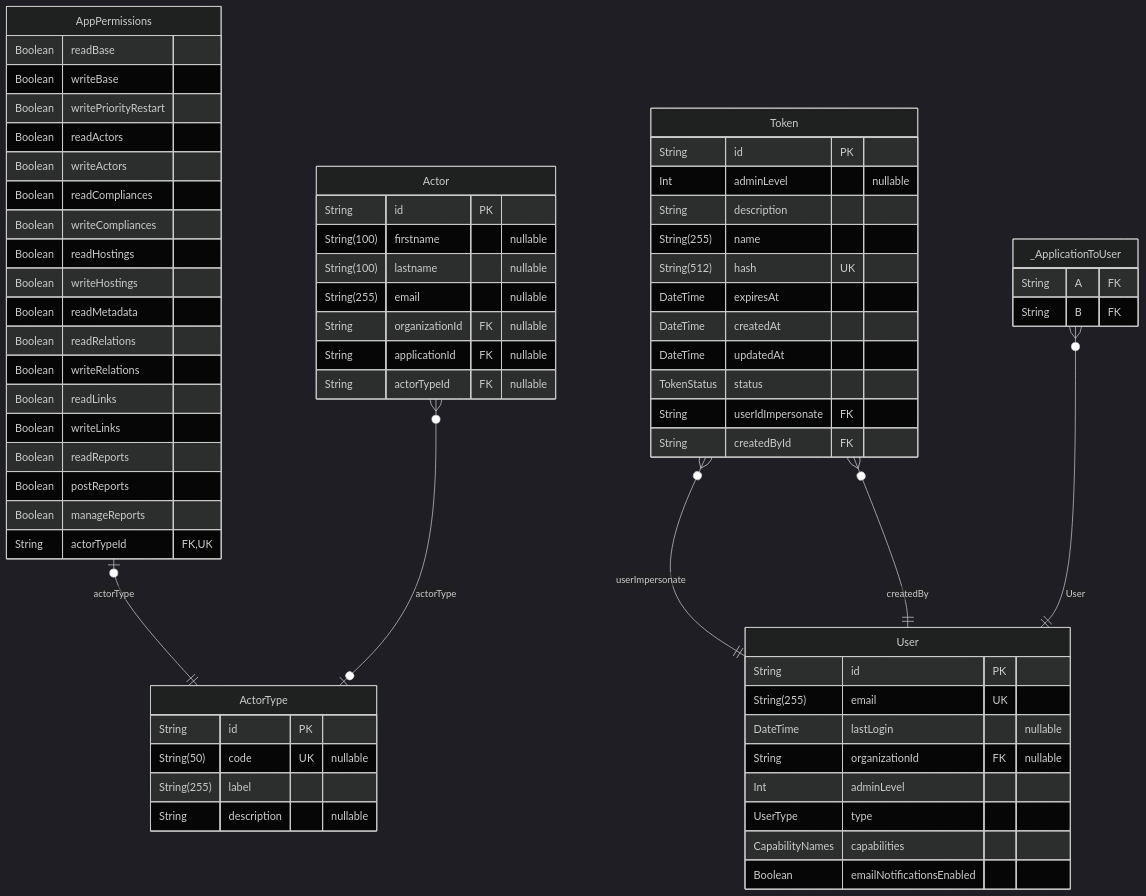
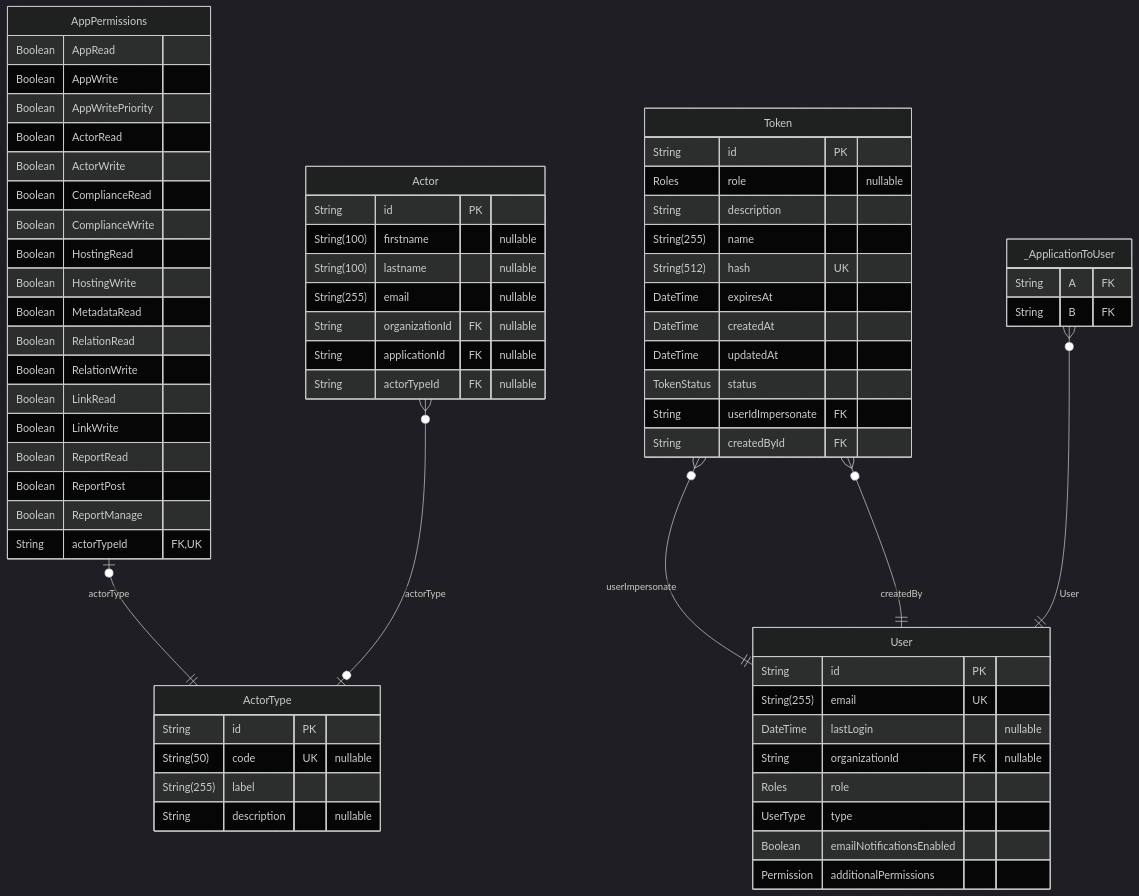
The tenth of 12 diagrams in backend/prisma/docs/schema.md (dnum-mi/referentiel-applications), drawn with Mermaid (dark theme) before and after one commit. The commit also changed other lines of this file and 122 other files, not shown here.

First line of the commit message:
feat: refacto droits adminLevel capabilities (#1612)

````diff
--- a/backend/prisma/docs/schema.md
+++ b/backend/prisma/docs/schema.md
@@ -545,70 +545,70 @@
 ```mermaid
 erDiagram
 "AppPermissions" {
-  Boolean readBase
-  Boolean writeBase
-  Boolean writePriorityRestart
-  Boolean readActors
-  Boolean writeActors
-  Boolean readCompliances
-  Boolean writeCompliances
-  Boolean readHostings
-  Boolean writeHostings
-  Boolean readMetadata
-  Boolean readRelations
-  Boolean writeRelations
-  Boolean readLinks
-  Boolean writeLinks
-  Boolean readReports
-  Boolean postReports
-  Boolean manageReports
+  Boolean AppRead
+  Boolean AppWrite
+  Boolean AppWritePriority
+  Boolean ActorRead
+  Boolean ActorWrite
+  Boolean ComplianceRead
+  Boolean ComplianceWrite
+  Boolean HostingRead
+  Boolean HostingWrite
+  Boolean MetadataRead
+  Boolean RelationRead
+  Boolean RelationWrite
+  Boolean LinkRead
+  Boolean LinkWrite
+  Boolean ReportRead
+  Boolean ReportPost
+  Boolean ReportManage
   String actorTypeId FK,UK
 }
 "Token" {
   String id PK
-  Int adminLevel "nullable"
+  Roles role "nullable"
   String description
   String(255) name
   String(512) hash UK
   DateTime expiresAt
   DateTime createdAt
   DateTime updatedAt
   TokenStatus status
   String userIdImpersonate FK
   String createdById FK
 }
 "User" {
   String id PK
   String(255) email UK
   DateTime lastLogin "nullable"
   String organizationId FK "nullable"
-  Int adminLevel
+  Roles role
   UserType type
-  CapabilityNames capabilities
   Boolean emailNotificationsEnabled
+  Permission additionalPermissions
 }
 "Actor" {
   String id PK
   String(100) firstname "nullable"
   String(100) lastname "nullable"
   String(255) email "nullable"
   String organizationId FK "nullable"
   String applicationId FK "nullable"
   String actorTypeId FK "nullable"
 }
 "ActorType" {
   String id PK
   String(50) code UK "nullable"
   String(255) label
   String description "nullable"
 }
 "_ApplicationToUser" {
   String A FK
   String B FK
 }
 "AppPermissions" |o--|| "ActorType" : actorType
 "Token" }o--|| "User" : userImpersonate
 "Token" }o--|| "User" : createdBy
 "Actor" }o--o| "ActorType" : actorType
 "_ApplicationToUser" }o--|| "User" : User
 ```
````
